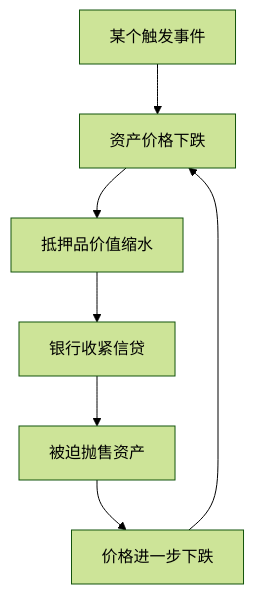
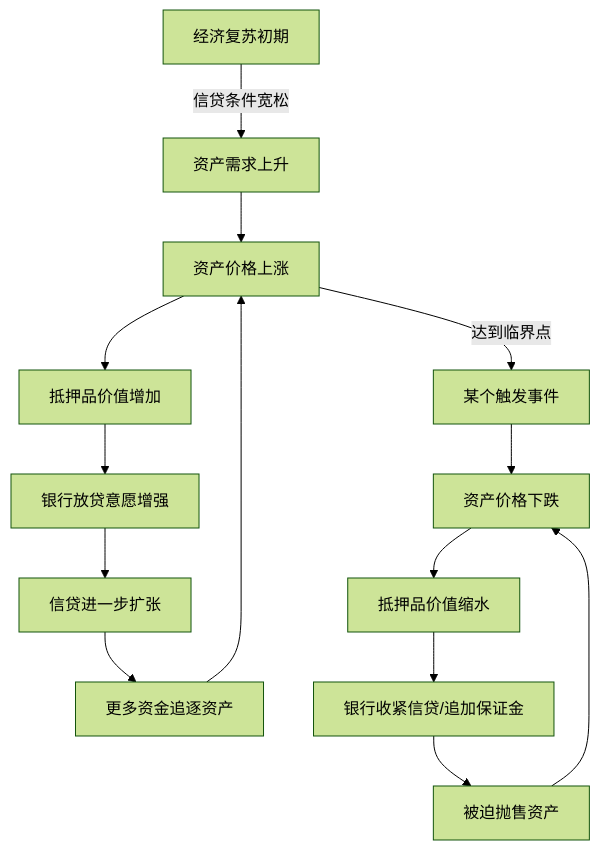
One commit to xdawayer/obsidian changed the second of 2 diagrams in 知识库/经济类/《金融炼金术》 - 乔治·索罗斯.md. Above: the diagram before and after it, drawn with Mermaid (forest theme). The commit also changed other lines of this file and 43 other files, not shown here.

````diff
--- a/知识库/经济类/《金融炼金术》 - 乔治·索罗斯.md
+++ b/知识库/经济类/《金融炼金术》 - 乔治·索罗斯.md
@@ -117,9 +142,16 @@
 ```mermaid
 graph TD
-    A[某个触发事件] --> B[资产价格下跌]
-    B --> C[抵押品价值缩水]
-    C --> D[银行收紧信贷]
-    D --> E[被迫抛售资产]
-    E --> F[价格进一步下跌]
-    F --> B
+    A[经济复苏初期] -->|信贷条件宽松| B[资产需求上升]
+    B --> C[资产价格上涨]
+    C --> D[抵押品价值增加]
+    D --> E[银行放贷意愿增强]
+    E --> F[信贷进一步扩张]
+    F --> G[更多资金追逐资产]
+    G --> C
+    C -->|达到临界点| H[某个触发事件]
+    H --> I[资产价格下跌]
+    I --> J[抵押品价值缩水]
+    J --> K[银行收紧信贷/追加保证金]
+    K --> L[被迫抛售资产]
+    L --> I
 ```
````
